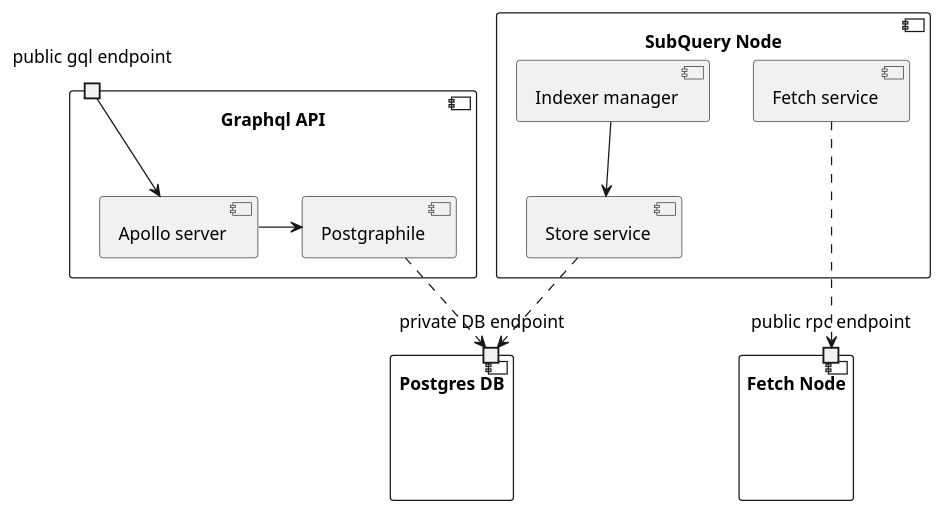
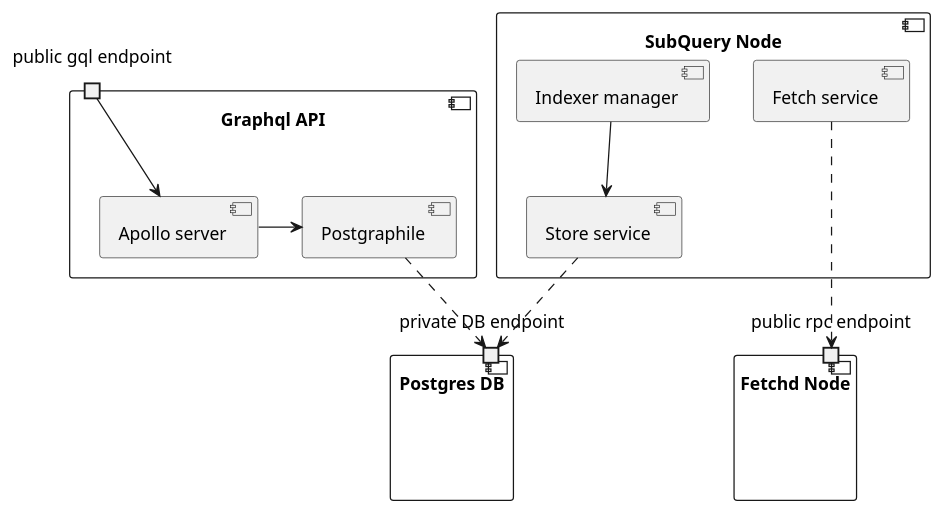
Before and after one commit to fetchai/docs-archived: the diagram in ledger-subquery/assets/architecture.puml, drawn with PlantUML. The commit also changed 581 other files, not shown here.

```diff
--- a/ledger-subquery/assets/architecture.puml
+++ b/ledger-subquery/assets/architecture.puml
@@ -1,38 +1,38 @@
 @startuml
 component "SubQuery Node" as subql {
     component "Fetch service" as subql_fetch
 '    () "mappingHandler.ts" as subql_handlers
 '    component "Sandbox service" as sandbox
 
 '    sandbox  --> subql_handlers
 
     component "Store service" as store
     component "Indexer manager" as manager
 
     manager --> store
 }
 
 component "Graphql API" as gql {
     port "public gql endpoint" as gql_port
 
     component "Apollo server" as apollo
     gql_port -> apollo
 
     component Postgraphile
 
     apollo -> Postgraphile
 }
 
 component "Postgres DB" as db {
     port "private DB endpoint    " as db_port
 }
 
 Postgraphile ..> db_port
 
-component "Fetch Node" as fetchd {
+component "Fetchd Node" as fetchd {
     port "public rpc endpoint" as rpc
 }
 
 store ..> db_port
 subql_fetch ...> rpc
 @enduml
```
